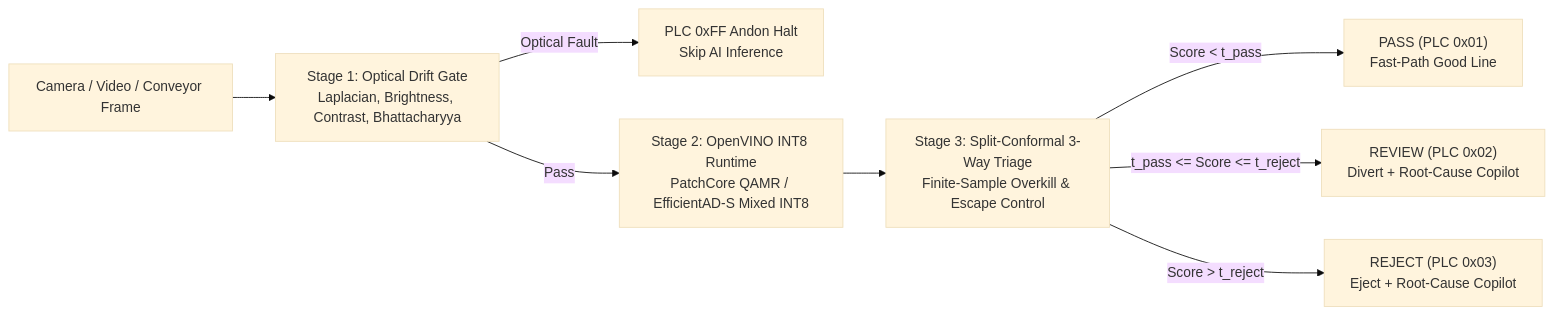
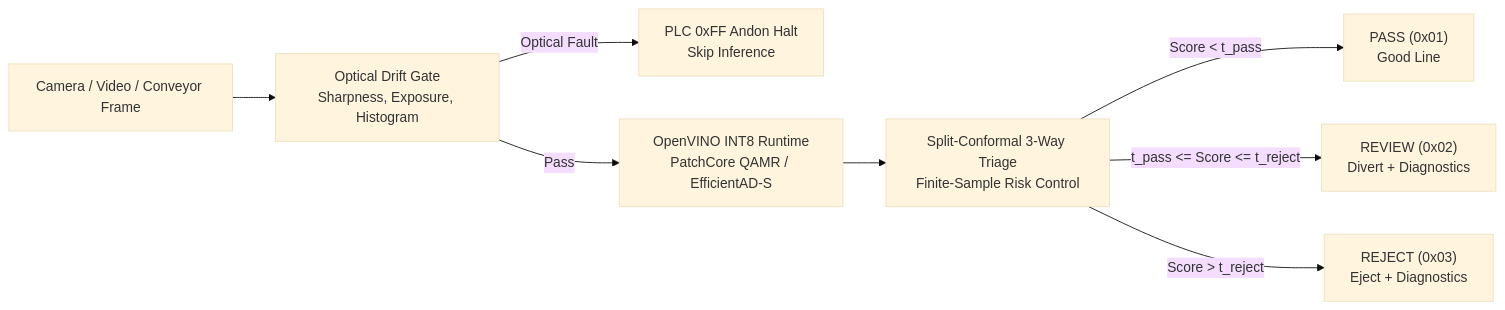
One commit to kietnguyenx/edgelogic-aoi changed the diagram in README.md. Above: the diagram before and after it, drawn with Mermaid (base theme). The commit also changed other lines of this file and 3 other files, not shown here.

````diff
--- a/README.md
+++ b/README.md
@@ -17,10 +15,10 @@
 ```mermaid
 flowchart LR
-    A["Camera / Video / Conveyor Frame"] --> B["Stage 1: Optical Drift Gate\nLaplacian, Brightness, Contrast, Bhattacharyya"]
-    B -- "Optical Fault" --> C["PLC 0xFF Andon Halt\nSkip AI Inference"]
-    B -- "Pass" --> D["Stage 2: OpenVINO INT8 Runtime\nPatchCore QAMR / EfficientAD-S Mixed INT8"]
-    D --> E["Stage 3: Split-Conformal 3-Way Triage\nFinite-Sample Overkill & Escape Control"]
-    E -- "Score < t_pass" --> F1["PASS (PLC 0x01)\nFast-Path Good Line"]
-    E -- "t_pass <= Score <= t_reject" --> F2["REVIEW (PLC 0x02)\nDivert + Root-Cause Copilot"]
-    E -- "Score > t_reject" --> F3["REJECT (PLC 0x03)\nEject + Root-Cause Copilot"]
+    A["Camera / Video / Conveyor Frame"] --> B["Optical Drift Gate\nSharpness, Exposure, Histogram"]
+    B -- "Optical Fault" --> C["PLC 0xFF Andon Halt\nSkip Inference"]
+    B -- "Pass" --> D["OpenVINO INT8 Runtime\nPatchCore QAMR / EfficientAD-S"]
+    D --> E["Split-Conformal 3-Way Triage\nFinite-Sample Risk Control"]
+    E -- "Score < t_pass" --> F1["PASS (0x01)\nGood Line"]
+    E -- "t_pass <= Score <= t_reject" --> F2["REVIEW (0x02)\nDivert + Diagnostics"]
+    E -- "Score > t_reject" --> F3["REJECT (0x03)\nEject + Diagnostics"]
 ```
````
